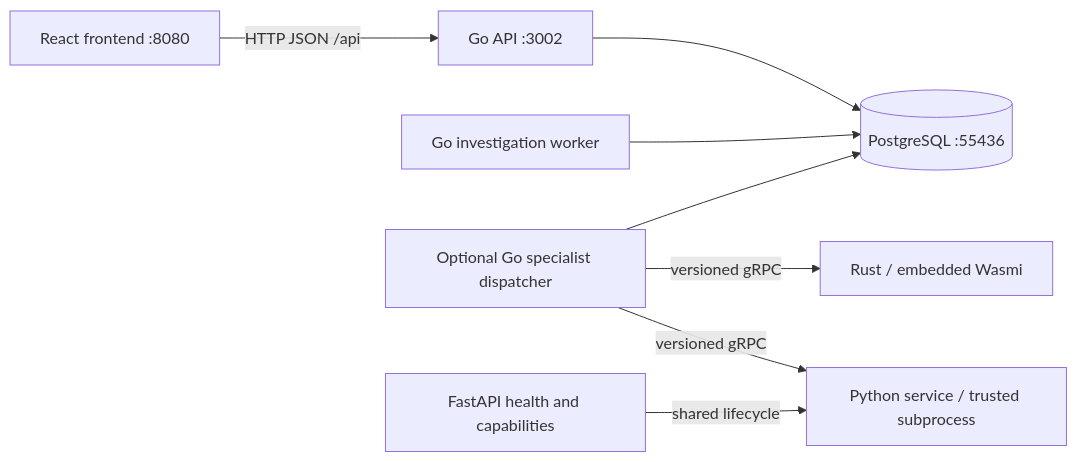
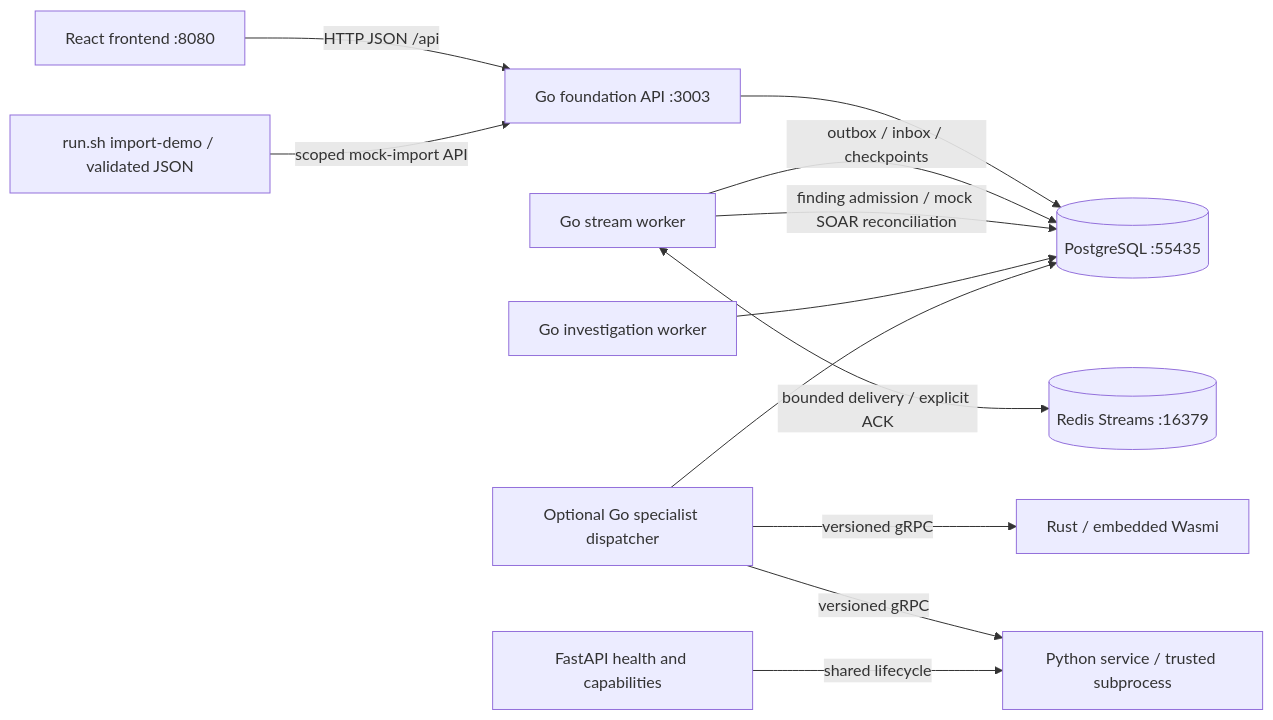
Before and after one commit to senthilnathang/aisoc: the diagram in docs/ARCHITECTURE.md, drawn with Mermaid. The commit also changed other lines of this file and 19 other files, not shown here.

Commit message:
Add launcher demo imports and reconcile architecture and developer documentation

````diff
--- a/docs/ARCHITECTURE.md
+++ b/docs/ARCHITECTURE.md
@@ -6,10 +6,14 @@
 ```mermaid
 flowchart LR
-  UI[React frontend :8080] -->|HTTP JSON /api| API[Go API :3002]
-  API --> PG[(PostgreSQL :55436)]
+  UI[React frontend :8080] -->|HTTP JSON /api| API[Go foundation API :3003]
+  CLI[run.sh import-demo / validated JSON] -->|scoped mock-import API| API
+  API --> PG[(PostgreSQL :55435)]
+  Stream[Go stream worker] -->|outbox / inbox / checkpoints| PG
+  Stream <-->|bounded delivery / explicit ACK| Redis[(Redis Streams :16379)]
+  Stream -->|finding admission / mock SOAR reconciliation| PG
   IW[Go investigation worker] --> PG
   SW[Optional Go specialist dispatcher] --> PG
   SW -->|versioned gRPC| Rust[Rust / embedded Wasmi]
   SW -->|versioned gRPC| Python[Python service / trusted subprocess]
   HTTP[FastAPI health and capabilities] -->|shared lifecycle| Python
 ```
````
